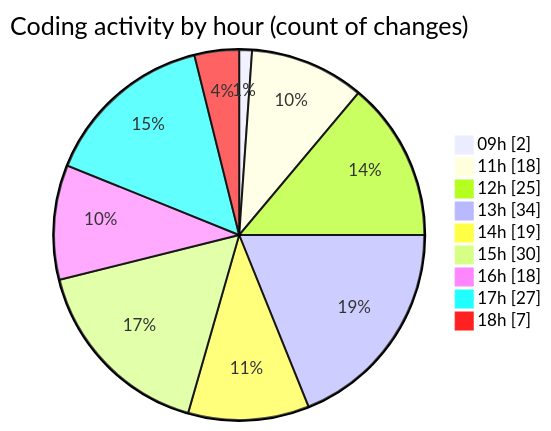
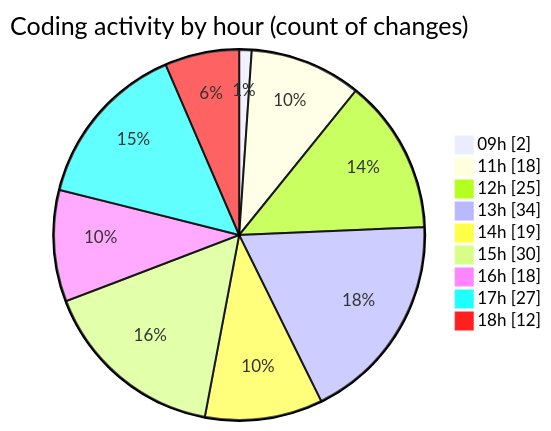
Before and after one commit to momahboobian/code-tracking: the second of 2 diagrams in 2025-06-30/cda/README.md, drawn with Mermaid. The commit also changed other lines of this file and 1 other file, not shown here.

````diff
--- a/2025-06-30/cda/README.md
+++ b/2025-06-30/cda/README.md
@@ -52,13 +52,13 @@
 ```mermaid
 pie showData
 title Coding activity by hour (count of changes)
 "09h" : 2
 "11h" : 18
 "12h" : 25
 "13h" : 34
 "14h" : 19
 "15h" : 30
 "16h" : 18
 "17h" : 27
-"18h" : 7
+"18h" : 12
 ```
````
